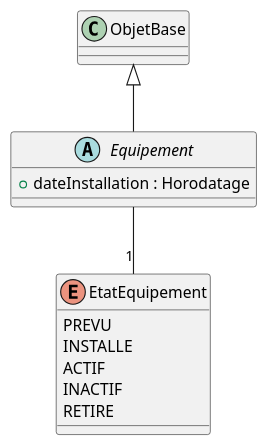
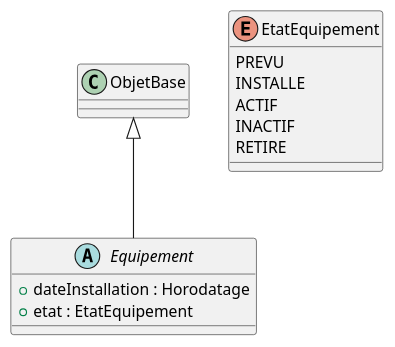
The diagram in equipement.iuml (beerfactory/brewbox-uml), drawn with PlantUML before and after one commit. The commit also changed 2 other files, not shown here.

```diff
--- a/equipement.iuml
+++ b/equipement.iuml
@@ -1,14 +1,14 @@
 abstract class Equipement {
     + dateInstallation : Horodatage
+    + etat : EtatEquipement
 }
 
 enum EtatEquipement {
     PREVU
     INSTALLE
     ACTIF
     INACTIF
     RETIRE
 }
 
-Equipement -- "1" EtatEquipement
 ObjetBase <|-- Equipement
```
